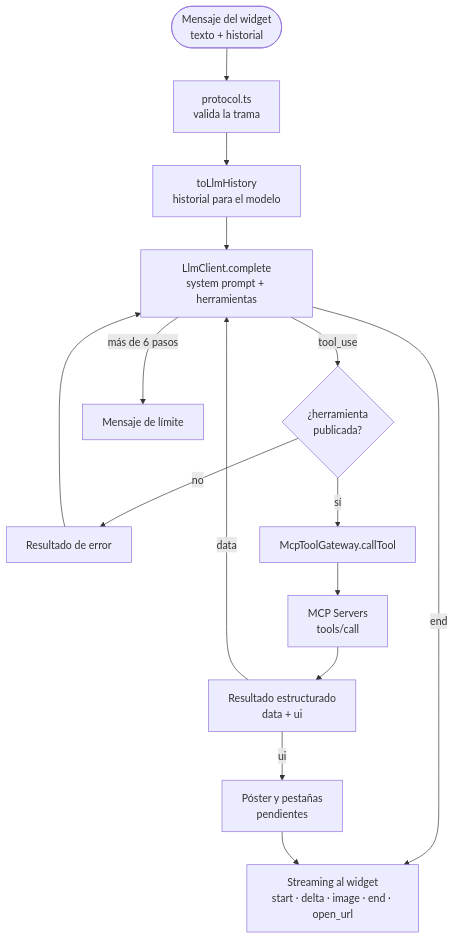
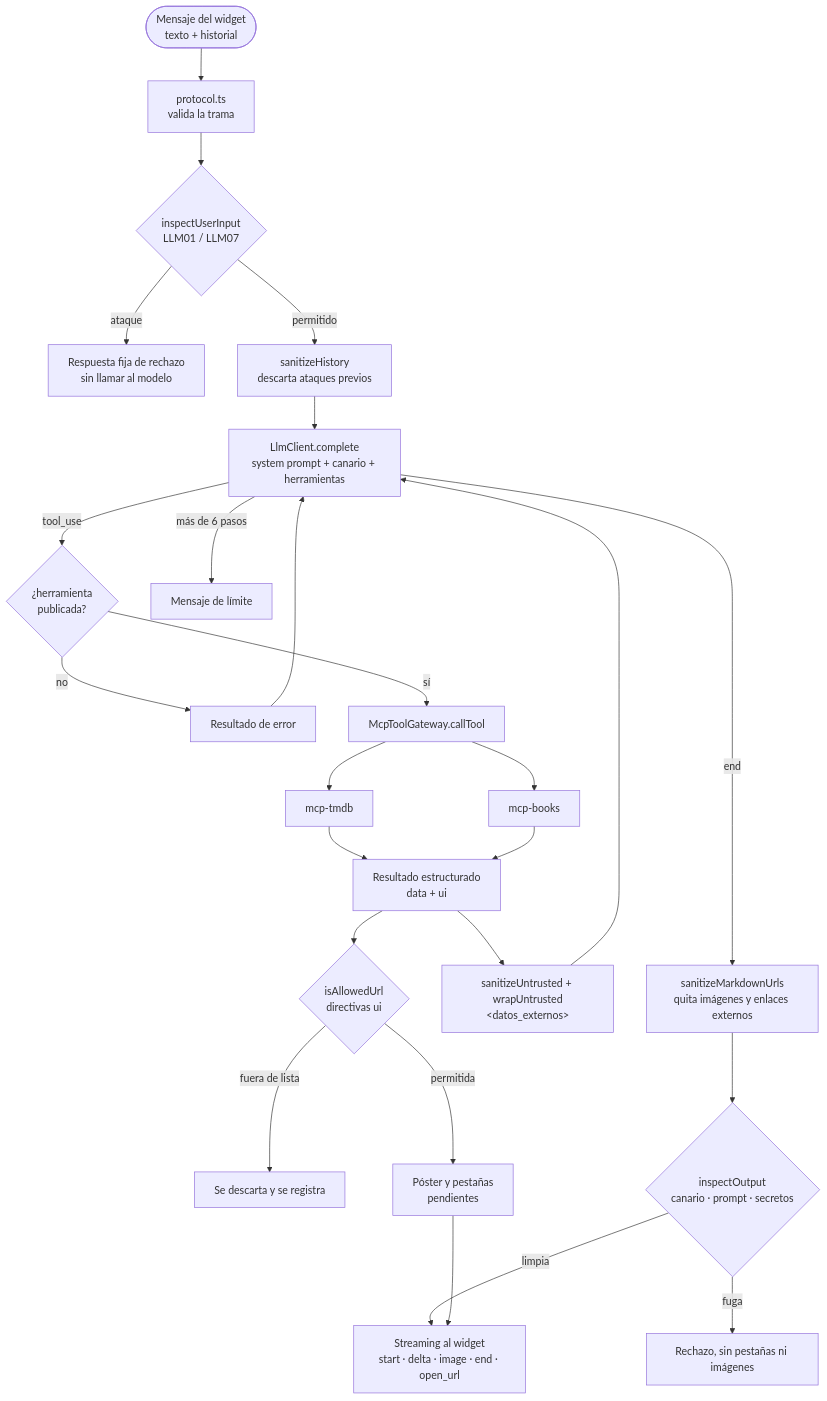
The second of 2 diagrams in docs/AGENTE.md (marianolhe/proyectoia1), drawn with Mermaid before and after one commit. The commit also changed other lines of this file and 5 other files, not shown here.

````diff
--- a/docs/AGENTE.md
+++ b/docs/AGENTE.md
@@ -69,19 +84,31 @@
 ```mermaid
 flowchart TB
   entrada(["Mensaje del widget<br/>texto + historial"]) --> parse["protocol.ts<br/>valida la trama"]
-  parse --> hist["toLlmHistory<br/>historial para el modelo"]
-  hist --> modelo["LlmClient.complete<br/>system prompt + herramientas"]
+  parse --> filtro{"inspectUserInput<br/>LLM01 / LLM07"}
+  filtro -->|"ataque"| rechazo["Respuesta fija de rechazo<br/>sin llamar al modelo"]
+  filtro -->|"permitido"| hist["sanitizeHistory<br/>descarta ataques previos"]
+  hist --> modelo["LlmClient.complete<br/>system prompt + canario + herramientas"]
 
   modelo -->|"tool_use"| existe{"¿herramienta<br/>publicada?"}
   existe -->|"no"| errorTool["Resultado de error"]
   existe -->|"sí"| gateway["McpToolGateway.callTool"]
-  gateway --> mcp["MCP Servers<br/>tools/call"]
-  mcp --> resultado["Resultado estructurado<br/>data + ui"]
-  resultado -->|"data"| modelo
-  resultado -->|"ui"| acumuladas["Póster y pestañas<br/>pendientes"]
+
+  gateway --> mcpT["mcp-tmdb"]
+  gateway --> mcpB["mcp-books"]
+  mcpT --> resultado["Resultado estructurado<br/>data + ui"]
+  mcpB --> resultado
+
+  resultado --> ui{"isAllowedUrl<br/>directivas ui"}
+  ui -->|"fuera de lista"| descartada["Se descarta y se registra"]
+  ui -->|"permitida"| acumuladas["Póster y pestañas<br/>pendientes"]
+  resultado --> sanea["sanitizeUntrusted + wrapUntrusted<br/>&lt;datos_externos&gt;"]
+  sanea --> modelo
   errorTool --> modelo
 
-  modelo -->|"end"| stream["Streaming al widget<br/>start · delta · image · end · open_url"]
+  modelo -->|"end"| md["sanitizeMarkdownUrls<br/>quita imágenes y enlaces externos"]
   modelo -->|"más de 6 pasos"| corte["Mensaje de límite"]
+  md --> salida{"inspectOutput<br/>canario · prompt · secretos"}
+  salida -->|"fuga"| bloqueo["Rechazo, sin pestañas ni imágenes"]
+  salida -->|"limpia"| stream["Streaming al widget<br/>start · delta · image · end · open_url"]
   acumuladas --> stream
 ```
````
